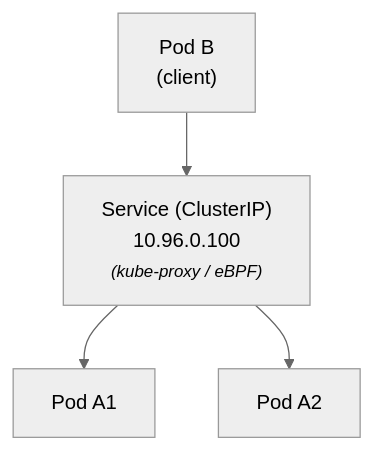
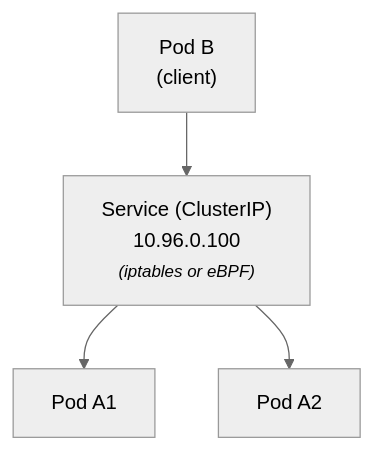
One commit to SRodi/srodi.github.io changed the seventh of 15 diagrams in _posts/2025-03-17-kubecon.md. Above: the diagram before and after it, drawn with Mermaid (neutral theme). The commit also changed other lines of this file, not shown here.

Commit message:
kubecon diagrams submitted

````diff
--- a/_posts/2025-03-17-kubecon.md
+++ b/_posts/2025-03-17-kubecon.md
@@ -110,11 +137,11 @@
 ```mermaid
 graph TB
     Client["Pod B<br>(client)"]
-    Svc["Service (ClusterIP)<br>10.96.0.100<br><i><small>(kube-proxy / eBPF)</small></i>"]
+    Svc["Service (ClusterIP)<br>10.96.0.100<br><i><small>(iptables or eBPF)</small></i>"]
     P1["Pod A1"]
     P2["Pod A2"]
 
     Client --> Svc
     Svc --> P1
     Svc --> P2
 ```
````
